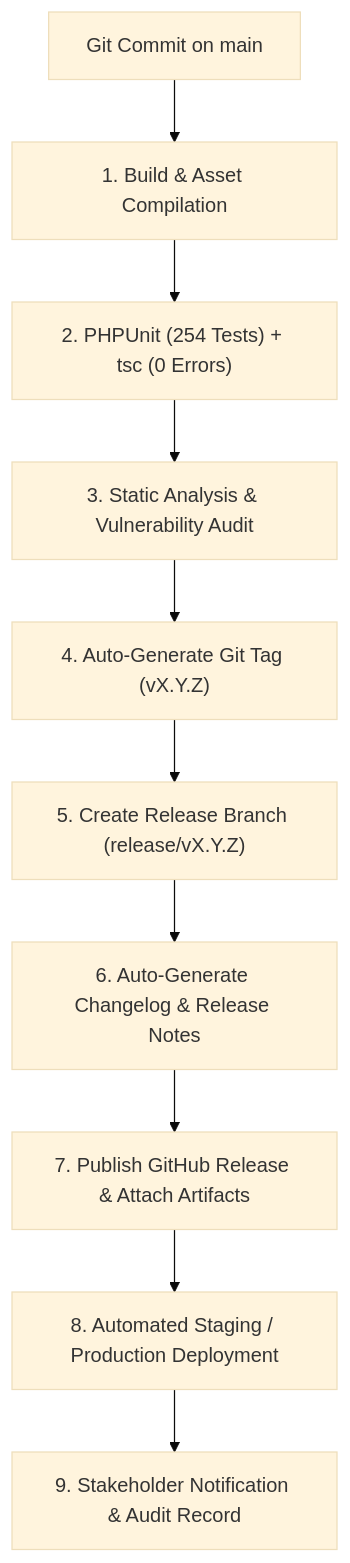
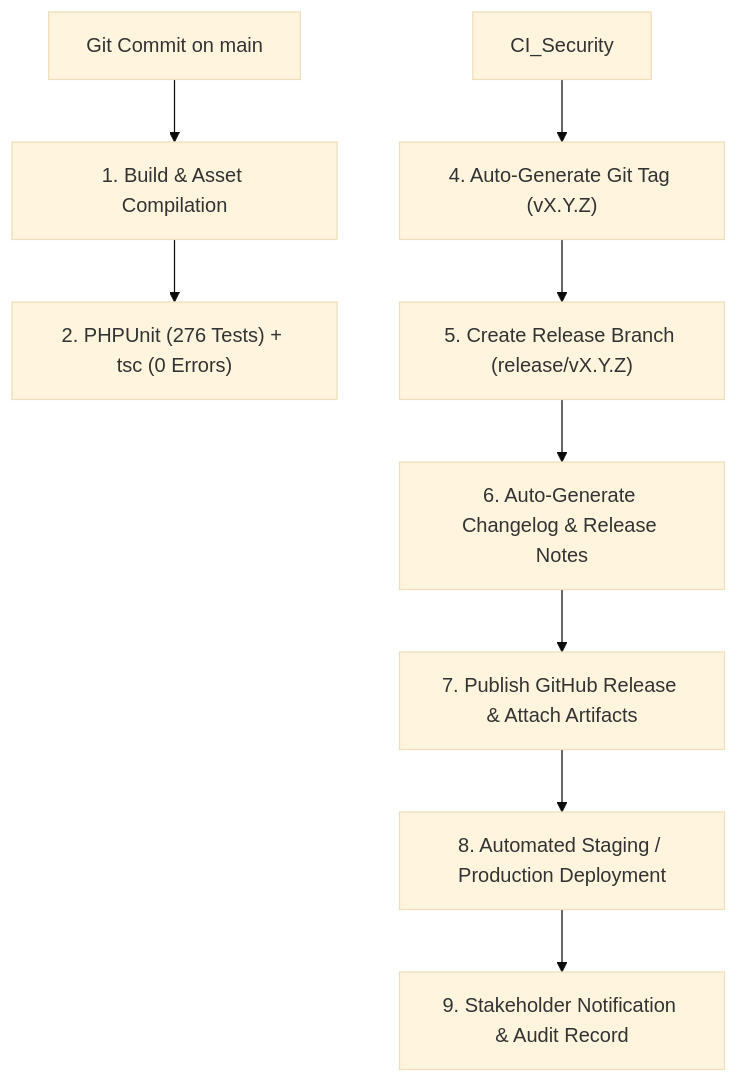
The diagram in docs/ARCHITECTURE_AND_ROADMAP.md (developer-somnath/sociosphere), drawn with Mermaid (base theme) before and after one commit. The commit also changed other lines of this file and 5 other files, not shown here.

Commit message:
docs: add production readiness and architecture documentation, implement parking index page, and include documentation structure verification script

````diff
--- a/docs/ARCHITECTURE_AND_ROADMAP.md
+++ b/docs/ARCHITECTURE_AND_ROADMAP.md
@@ -34,12 +36,11 @@
 ```mermaid
 flowchart TD
     Commit["Git Commit on main"] --> CI_Build["1. Build & Asset Compilation"]
-    CI_Build --> CI_Test["2. PHPUnit (254 Tests) + tsc (0 Errors)"]
-    CI_Test --> CI_Security["3. Static Analysis & Vulnerability Audit"]
+    CI_Build --> CI_Test["2. PHPUnit (276 Tests) + tsc (0 Errors)"]
     CI_Security --> CI_Tag["4. Auto-Generate Git Tag (vX.Y.Z)"]
     CI_Tag --> CI_Branch["5. Create Release Branch (release/vX.Y.Z)"]
     CI_Branch --> CI_Changelog["6. Auto-Generate Changelog & Release Notes"]
     CI_Changelog --> CI_GitHub["7. Publish GitHub Release & Attach Artifacts"]
     CI_GitHub --> CI_Deploy["8. Automated Staging / Production Deployment"]
     CI_Deploy --> CI_Notify["9. Stakeholder Notification & Audit Record"]
 ```
````
